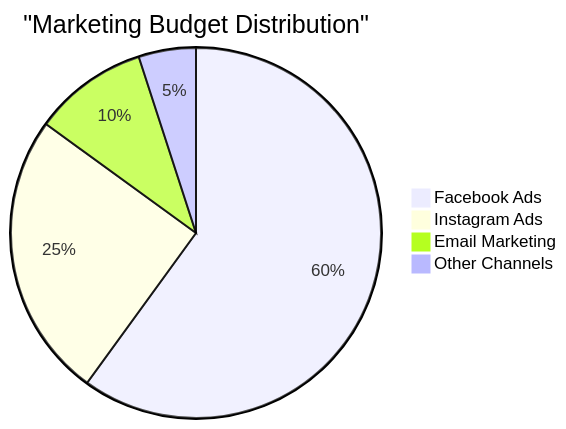
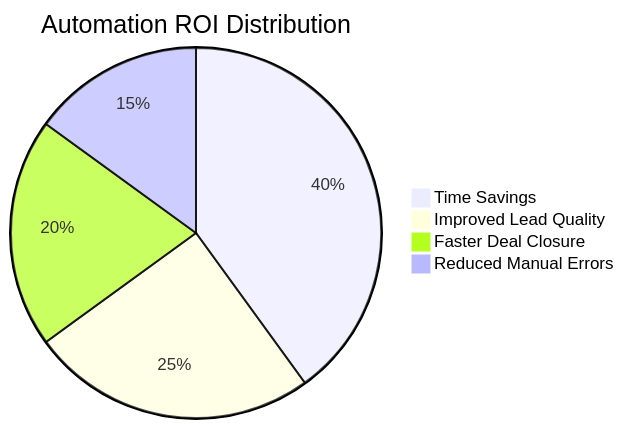
One commit to pavankakarrot/my-portfolio-website changed the second of 7 diagrams in content/projects/powerbi/Index.md. Above: the diagram before and after it, drawn with Mermaid. The commit also changed other lines of this file and 19 other files, not shown here.

````diff
--- a/content/projects/powerbi/Index.md
+++ b/content/projects/powerbi/Index.md
@@ -184,7 +245,7 @@
 ```mermaid
-pie title "Marketing Budget Distribution"
-    "Facebook Ads" : 60
-    "Instagram Ads" : 25
-    "Email Marketing" : 10
-    "Other Channels" : 5
+pie title Automation ROI Distribution
+    "Time Savings" : 40
+    "Improved Lead Quality" : 25
+    "Faster Deal Closure" : 20
+    "Reduced Manual Errors" : 15
 ```
````
